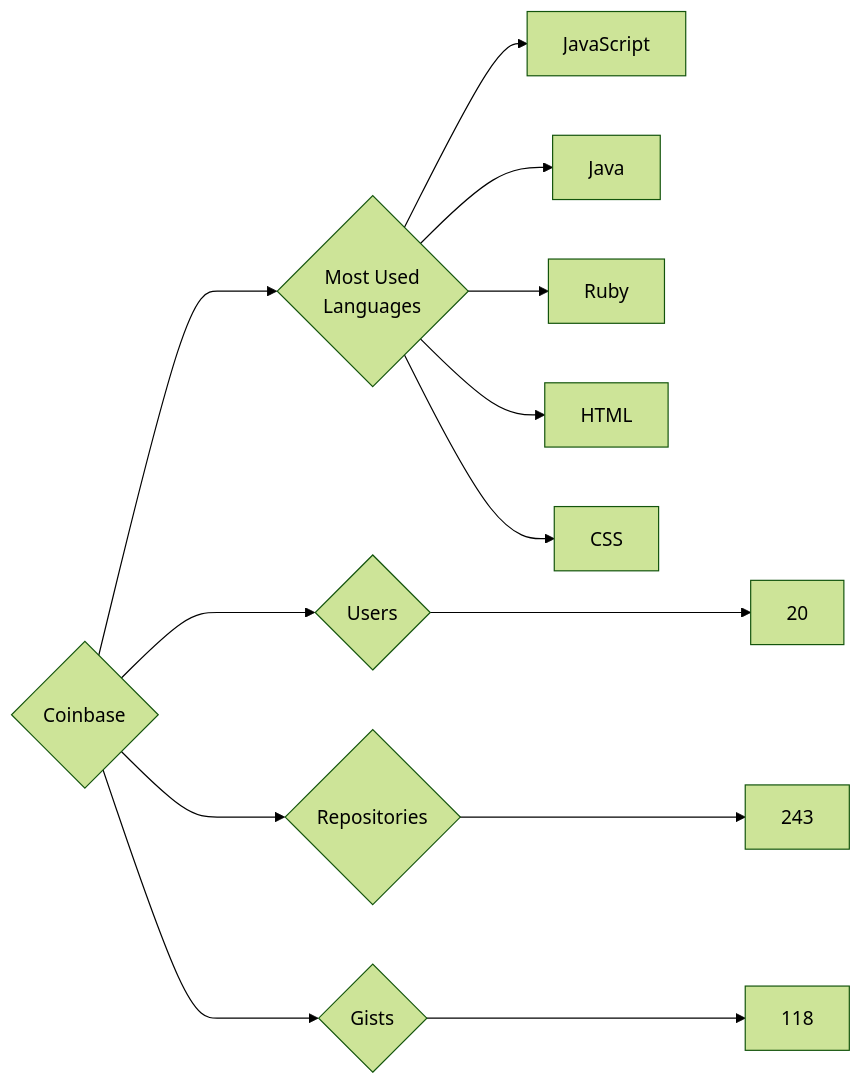
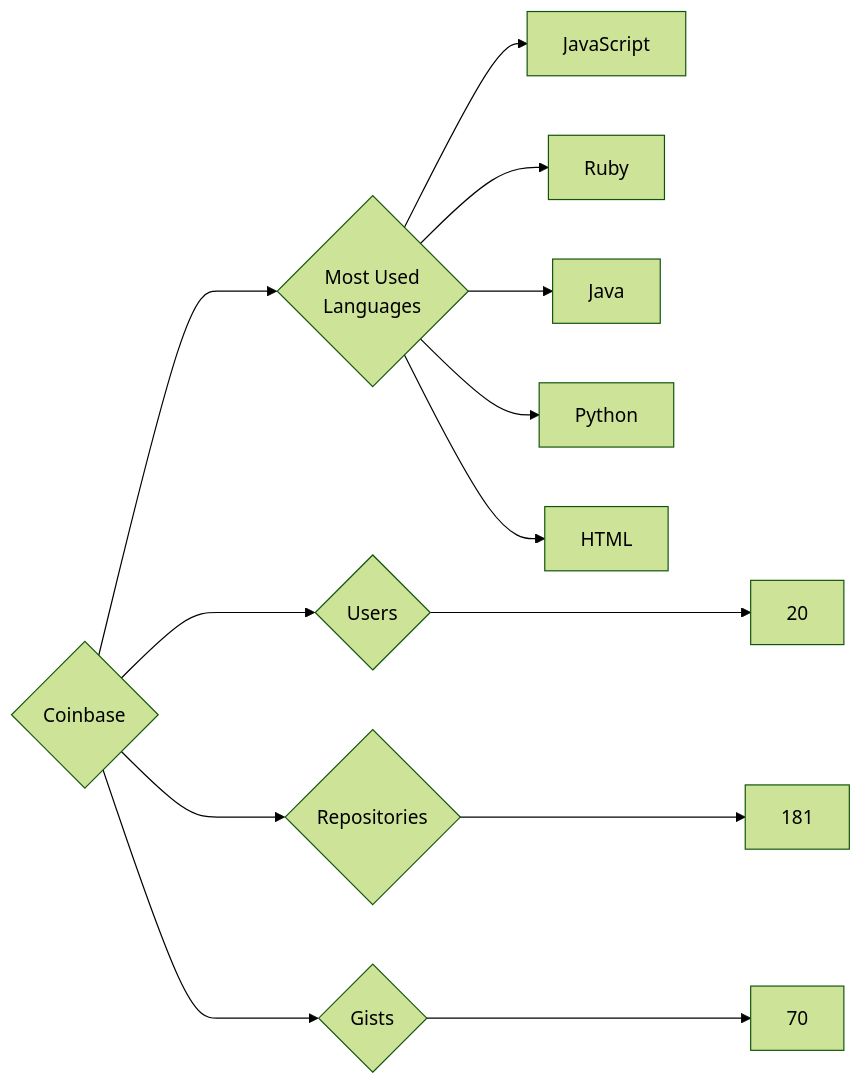
Before and after one commit to trickest/insiders: the diagram in targets/Coinbase/README.md, drawn with Mermaid (forest theme). The commit also changed 837 other files, not shown here.

````diff
--- a/targets/Coinbase/README.md
+++ b/targets/Coinbase/README.md
@@ -3,13 +3,13 @@
 ```mermaid
 graph LR
 COMPANY_NAME{Coinbase}
 COMPANY_NAME ---> U{Users} ---> UN[20]
-COMPANY_NAME ---> R{Repositories} ---> RN[243]
-COMPANY_NAME ---> G{Gists} ---> GN[118]
+COMPANY_NAME ---> R{Repositories} ---> RN[181]
+COMPANY_NAME ---> G{Gists} ---> GN[70]
 COMPANY_NAME ---> ML{Most Used<br>Languages}
 ML --> JavaScript[JavaScript]
+ML --> Ruby[Ruby]
 ML --> Java[Java]
-ML --> Ruby[Ruby]
+ML --> Python[Python]
 ML --> HTML[HTML]
-ML --> CSS[CSS]
 ```
````
